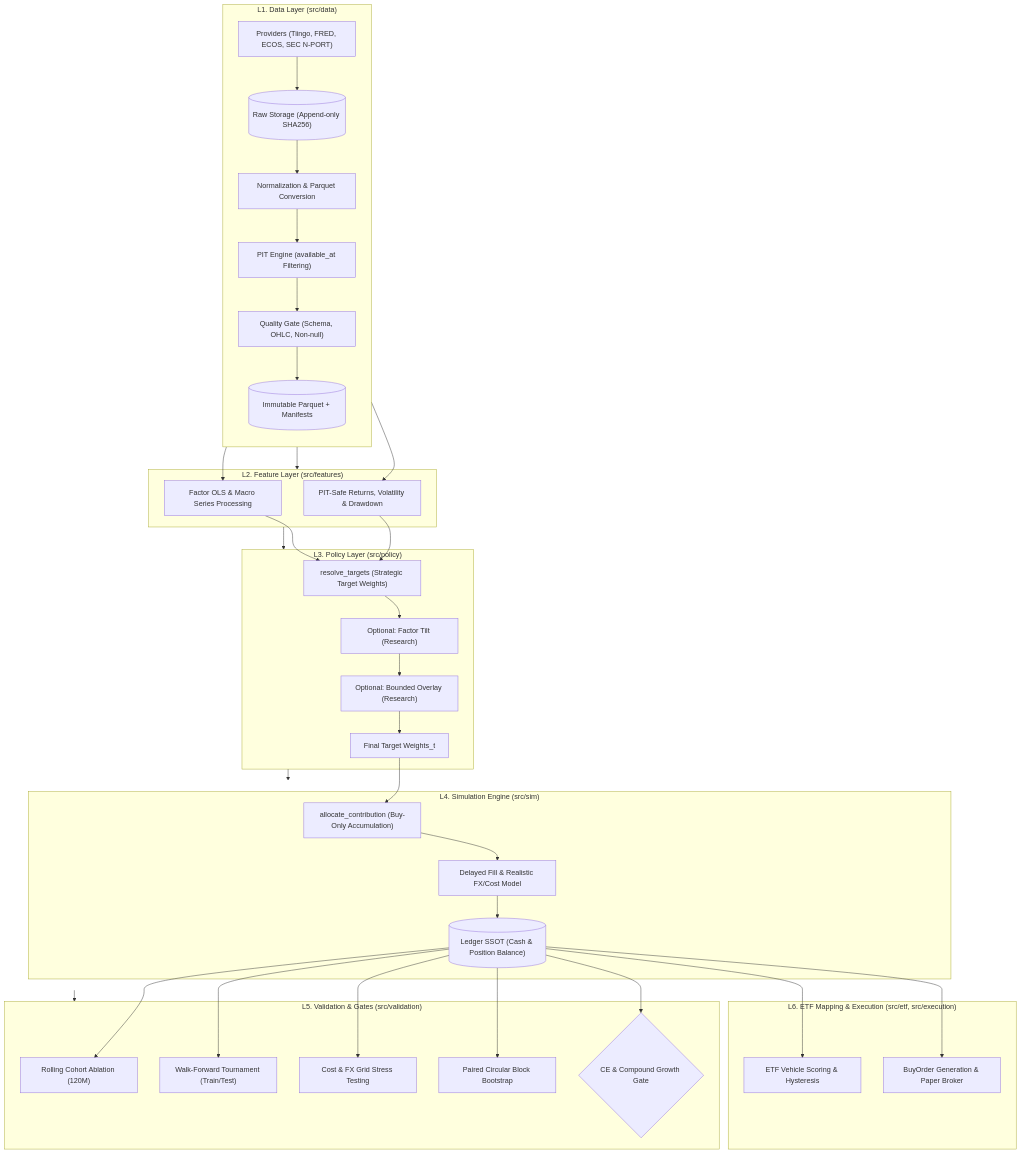
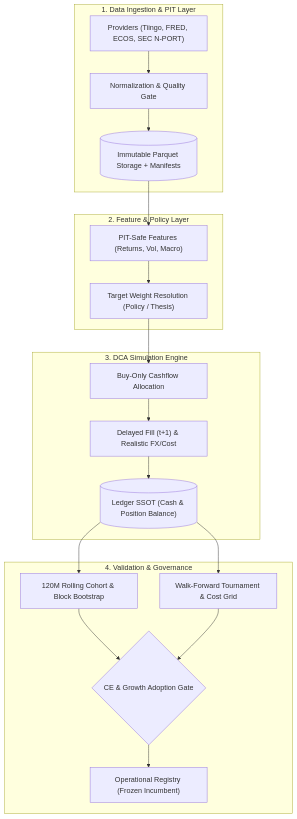
One commit to KTHYEONG/ETF-Manager changed the diagram in README.md. Above: the diagram before and after it, drawn with Mermaid. The commit also changed other lines of this file, not shown here.

````diff
--- a/README.md
+++ b/README.md
@@ -54,44 +24,25 @@
 ```mermaid
 flowchart TD
-    subgraph L1["L1. Data Layer (src/data)"]
-        direction TB
-        P["Providers (Tiingo, FRED, ECOS, SEC N-PORT)"] --> R[("Raw Storage (Append-only SHA256)")]
-        R --> N["Normalization & Parquet Conversion"]
-        N --> A["PIT Engine (available_at Filtering)"]
-        A --> Q["Quality Gate (Schema, OHLC, Non-null)"]
-        Q --> S[("Immutable Parquet + Manifests")]
+    subgraph Data["1. Data Ingestion & PIT Layer"]
+        P["Providers (Tiingo, FRED, ECOS, SEC N-PORT)"] --> N["Normalization & Quality Gate"]
+        N --> S[("Immutable Parquet Storage + Manifests")]
     end
 
-    subgraph L2["L2. Feature Layer (src/features)"]
-        S --> F1["PIT-Safe Returns, Volatility & Drawdown"]
-        S --> F2["Factor OLS & Macro Series Processing"]
+    subgraph Feature_Policy["2. Feature & Policy Layer"]
+        S --> F["PIT-Safe Features (Returns, Vol, Macro)"]
+        F --> T["Target Weight Resolution (Policy / Thesis)"]
     end
 
-    subgraph L3["L3. Policy Layer (src/policy)"]
-        F1 & F2 --> ST["resolve_targets (Strategic Target Weights)"]
-        ST --> FT["Optional: Factor Tilt (Research)"]
-        FT --> OV["Optional: Bounded Overlay (Research)"]
-        OV --> TG["Final Target Weights_t"]
+    subgraph Sim["3. DCA Simulation Engine"]
+        T --> A["Buy-Only Cashflow Allocation"]
+        A --> E["Delayed Fill (t+1) & Realistic FX/Cost"]
+        E --> L[("Ledger SSOT (Cash & Position Balance)")]
     end
 
-    subgraph L4["L4. Simulation Engine (src/sim)"]
-        TG --> CA["allocate_contribution (Buy-Only Accumulation)"]
-        CA --> EX["Delayed Fill & Realistic FX/Cost Model"]
-        EX --> LG[("Ledger SSOT (Cash & Position Balance)")]
+    subgraph Validation["4. Validation & Governance"]
+        L --> V1["120M Rolling Cohort & Block Bootstrap"]
+        L --> V2["Walk-Forward Tournament & Cost Grid"]
+        V1 & V2 --> G{"CE & Growth Adoption Gate"}
+        G --> R["Operational Registry (Frozen Incumbent)"]
     end
-
-    subgraph L5["L5. Validation & Gates (src/validation)"]
-        LG --> AB["Rolling Cohort Ablation (120M)"]
-        LG --> WF["Walk-Forward Tournament (Train/Test)"]
-        LG --> CG["Cost & FX Grid Stress Testing"]
-        LG --> BS["Paired Circular Block Bootstrap"]
-        LG --> GATE{"CE & Compound Growth Gate"}
-    end
-
-    subgraph L6["L6. ETF Mapping & Execution (src/etf, src/execution)"]
-        LG --> MP["ETF Vehicle Scoring & Hysteresis"]
-        LG --> ORD["BuyOrder Generation & Paper Broker"]
-    end
-
-    L1 --> L2 --> L3 --> L4 --> L5
 ```
````
